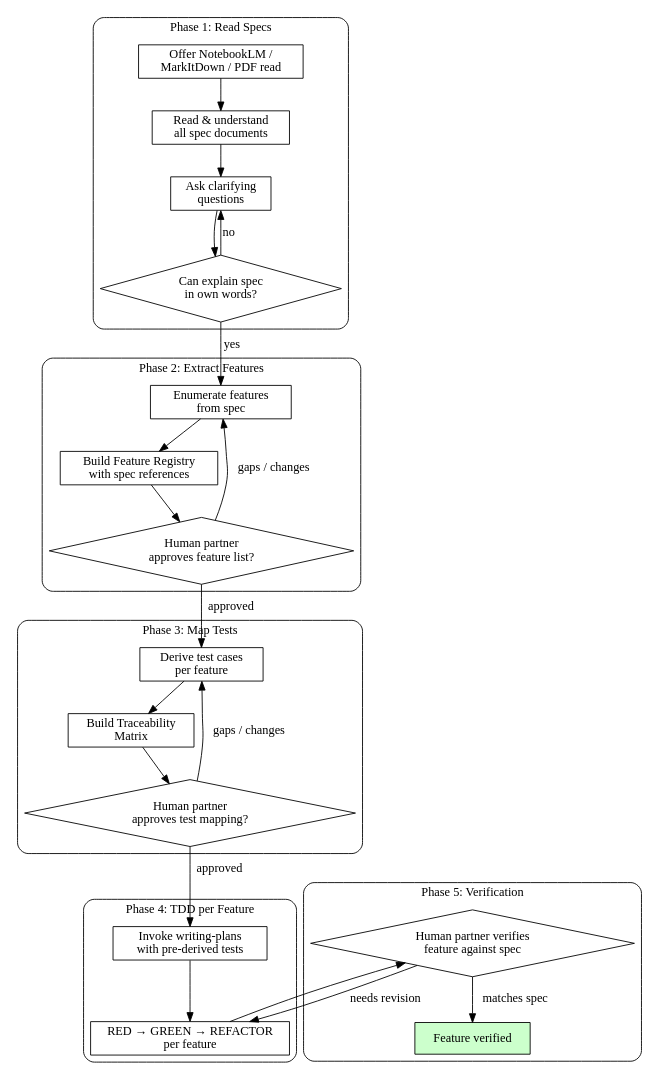
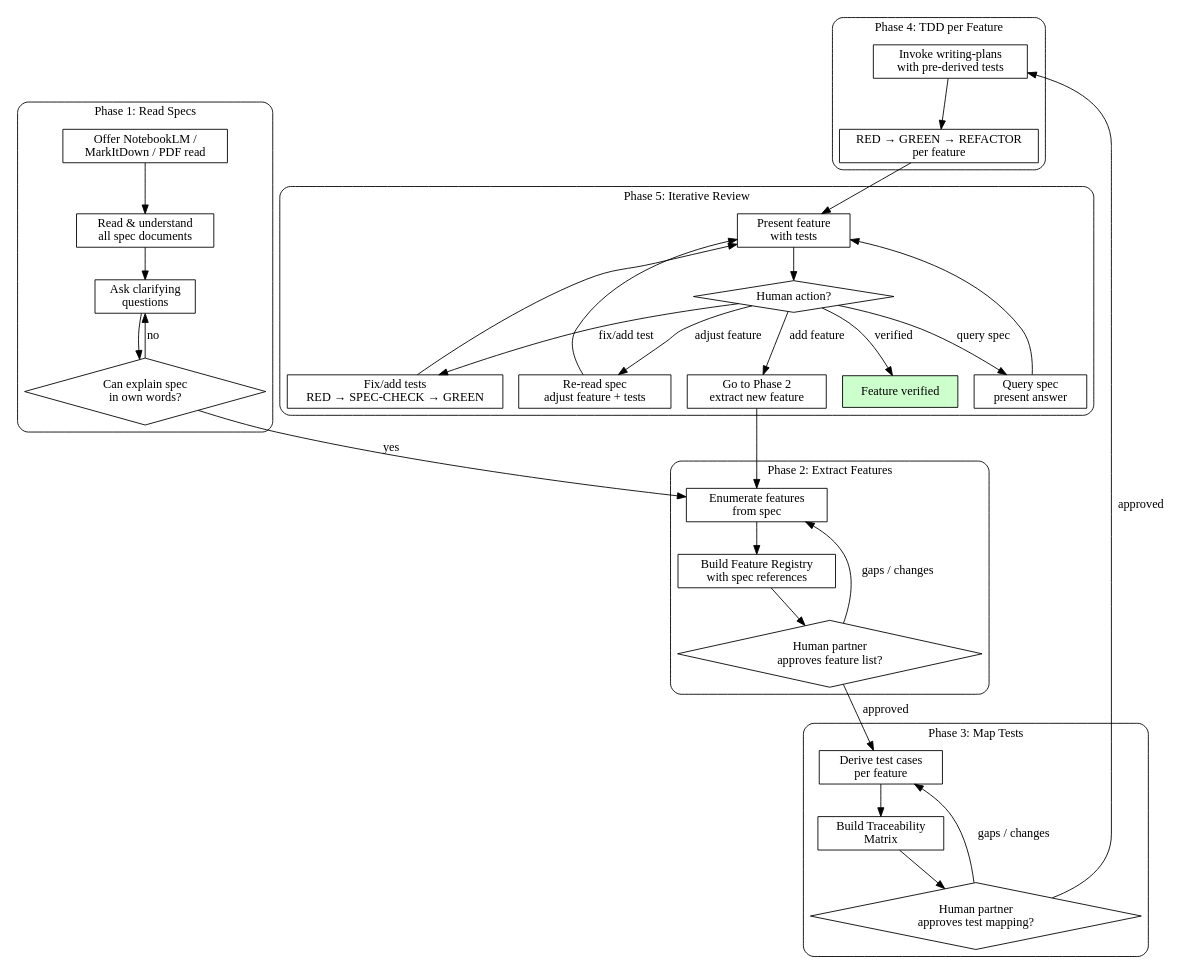
One commit to ttboma/superpowers changed the second of 2 diagrams in skills/spec-test-driven-development/SKILL.md. Above: the diagram before and after it, drawn with Graphviz. The commit also changed other lines of this file and 1 other file, not shown here.

First line of the commit message:
feat: rework Phase 5 as iterative review loop with intent-based routing

````diff
--- a/skills/spec-test-driven-development/SKILL.md
+++ b/skills/spec-test-driven-development/SKILL.md
@@ -77,63 +77,76 @@
 ```dot
 digraph stdd {
     rankdir=TB;
 
     subgraph cluster_p1 {
         label="Phase 1: Read Specs";
         style=rounded;
         offer_tools [label="Offer NotebookLM /\nMarkItDown / PDF read" shape=box];
         read_specs [label="Read & understand\nall spec documents" shape=box];
         ask_questions [label="Ask clarifying\nquestions" shape=box];
         can_explain [label="Can explain spec\nin own words?" shape=diamond];
 
         offer_tools -> read_specs -> ask_questions -> can_explain;
         can_explain -> ask_questions [label="no"];
     }
 
     subgraph cluster_p2 {
         label="Phase 2: Extract Features";
         style=rounded;
         extract [label="Enumerate features\nfrom spec" shape=box];
         registry [label="Build Feature Registry\nwith spec references" shape=box];
         human_approve_features [label="Human partner\napproves feature list?" shape=diamond];
 
         extract -> registry -> human_approve_features;
         human_approve_features -> extract [label="gaps / changes"];
     }
 
     subgraph cluster_p3 {
         label="Phase 3: Map Tests";
         style=rounded;
         derive_tests [label="Derive test cases\nper feature" shape=box];
         matrix [label="Build Traceability\nMatrix" shape=box];
         human_approve_tests [label="Human partner\napproves test mapping?" shape=diamond];
 
         derive_tests -> matrix -> human_approve_tests;
         human_approve_tests -> derive_tests [label="gaps / changes"];
     }
 
     subgraph cluster_p4 {
         label="Phase 4: TDD per Feature";
         style=rounded;
         write_plan [label="Invoke writing-plans\nwith pre-derived tests" shape=box];
         tdd_cycle [label="RED → GREEN → REFACTOR\nper feature" shape=box];
 
         write_plan -> tdd_cycle;
     }
 
     subgraph cluster_p5 {
-        label="Phase 5: Verification";
+        label="Phase 5: Iterative Review";
         style=rounded;
-        human_verify [label="Human partner verifies\nfeature against spec" shape=diamond];
-        done [label="Feature verified" shape=box style=filled fillcolor="#ccffcc"];
+        present_feature [label="Present feature\nwith tests" shape=box];
+        human_action [label="Human action?" shape=diamond];
+        verified [label="Feature verified" shape=box style=filled fillcolor="#ccffcc"];
+        fix_tests [label="Fix/add tests\nRED → SPEC-CHECK → GREEN" shape=box];
+        adjust_feature [label="Re-read spec\nadjust feature + tests" shape=box];
+        query_spec [label="Query spec\npresent answer" shape=box];
+        add_feature [label="Go to Phase 2\nextract new feature" shape=box];
 
-        human_verify -> done [label="matches spec"];
+        present_feature -> human_action;
+        human_action -> verified [label="verified"];
+        human_action -> fix_tests [label="fix/add test"];
+        human_action -> adjust_feature [label="adjust feature"];
+        human_action -> query_spec [label="query spec"];
+        human_action -> add_feature [label="add feature"];
+        fix_tests -> present_feature;
+        adjust_feature -> present_feature;
+        query_spec -> present_feature;
     }
 
     can_explain -> extract [label="yes"];
     human_approve_features -> derive_tests [label="approved"];
     human_approve_tests -> write_plan [label="approved"];
-    tdd_cycle -> human_verify;
-    human_verify -> tdd_cycle [label="needs revision"];
+    tdd_cycle -> present_feature;
+    add_feature -> extract;
 }
 ```
````
